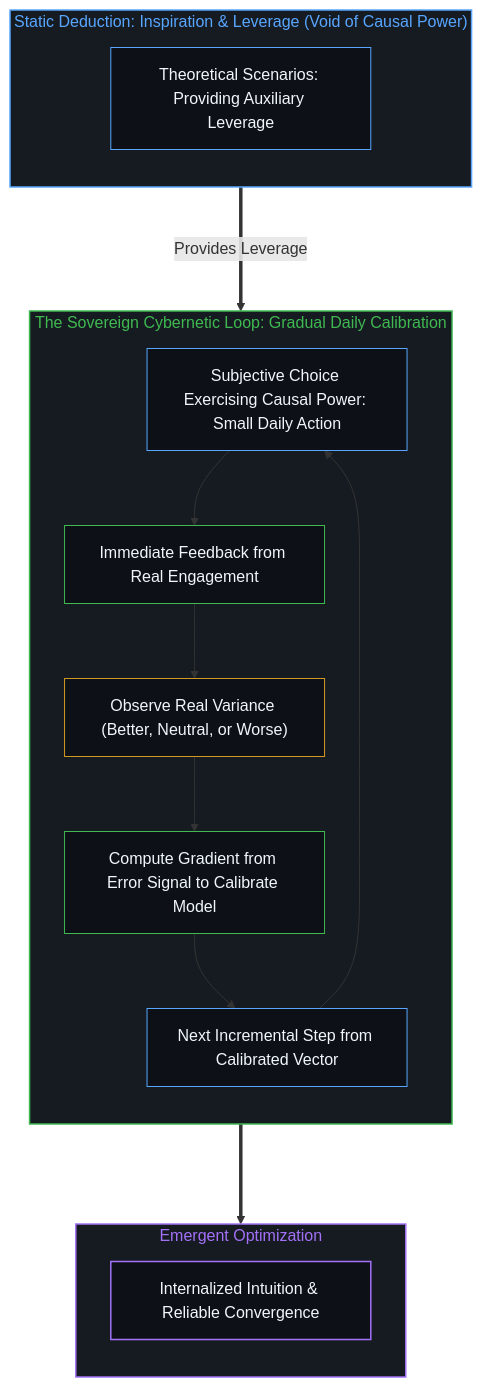
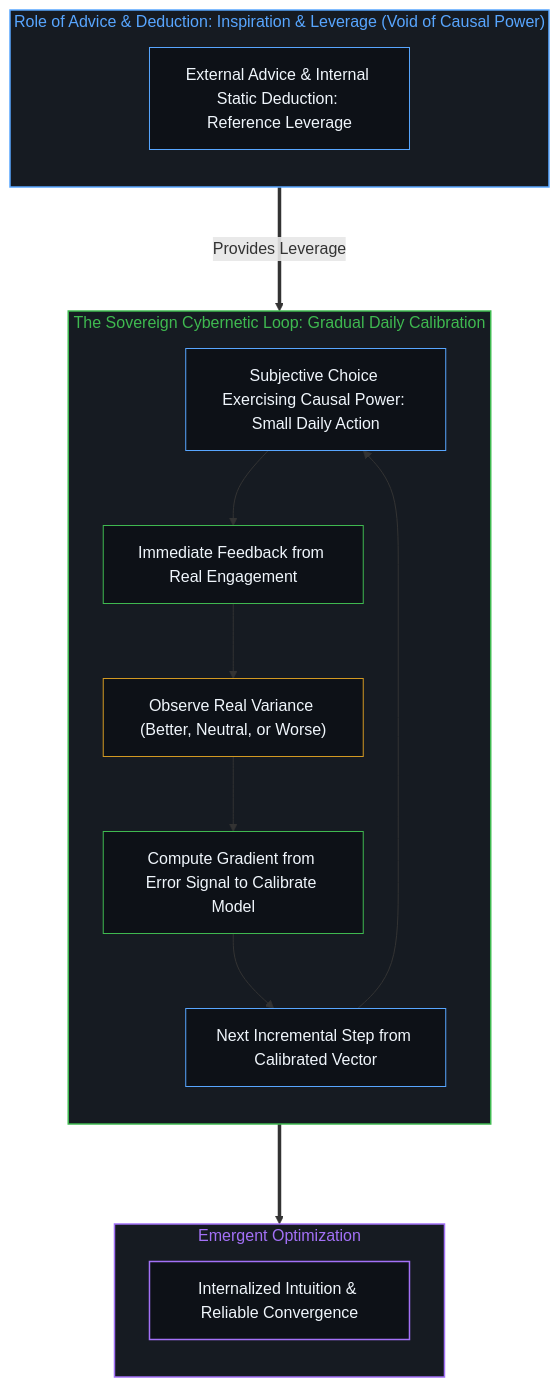
Before and after one commit to powerpig99/not-a-toe: the eighth of 10 diagrams in content/posts/choice-itself-has-no-inherent-weight.md, drawn with Mermaid. The commit also changed other lines of this file and 4 other files, not shown here.

Commit message:
Refine observer boundary on stagnation, unify advice/deduction leverage, and establish free variable axiom

````diff
--- a/content/posts/choice-itself-has-no-inherent-weight.md
+++ b/content/posts/choice-itself-has-no-inherent-weight.md
@@ -285,35 +285,35 @@
 ```mermaid
 graph TD
-    subgraph S_Input_EN ["Static Deduction: Inspiration & Leverage (Void of Causal Power)"]
+    subgraph S_Input_EN ["Role of Advice & Deduction: Inspiration & Leverage (Void of Causal Power)"]
         direction TB
-        IE_Model["Theoretical Scenarios: Providing Auxiliary Leverage"]
+        IE_Model["External Advice & Internal Static Deduction: Reference Leverage"]
     end
 
     subgraph S_Loop_EN ["The Sovereign Cybernetic Loop: Gradual Daily Calibration"]
         direction TB
         LE_Try["Subjective Choice Exercising Causal Power: Small Daily Action"] --> LE_Feedback["Immediate Feedback from Real Engagement"]
         LE_Feedback --> LE_Observe["Observe Real Variance (Better, Neutral, or Worse)"]
         LE_Observe --> LE_Adjust["Compute Gradient from Error Signal to Calibrate Model"]
         LE_Adjust --> LE_Next["Next Incremental Step from Calibrated Vector"]
         LE_Next --> LE_Try
     end
 
     subgraph S_Output_EN ["Emergent Optimization"]
         direction TB
         OE_Bone["Internalized Intuition & Reliable Convergence"]
     end
 
     IE_Model ===>|Provides Leverage| LE_Try
     LE_Adjust ===> OE_Bone
 
     style S_Input_EN fill:#161b22,stroke:#58a6ff,stroke-width:1.5px,color:#58a6ff
     style S_Loop_EN fill:#161b22,stroke:#3fb950,stroke-width:1.5px,color:#3fb950
     style S_Output_EN fill:#161b22,stroke:#a371f7,stroke-width:1.5px,color:#a371f7
     style IE_Model fill:#0d1117,stroke:#58a6ff,stroke-width:1px,color:#f0f6fc
     style LE_Try fill:#0d1117,stroke:#58a6ff,stroke-width:1px,color:#f0f6fc
     style LE_Feedback fill:#0d1117,stroke:#3fb950,stroke-width:1px,color:#f0f6fc
     style LE_Observe fill:#0d1117,stroke:#d29922,stroke-width:1px,color:#f0f6fc
     style LE_Adjust fill:#0d1117,stroke:#3fb950,stroke-width:1px,color:#f0f6fc
     style LE_Next fill:#0d1117,stroke:#58a6ff,stroke-width:1px,color:#f0f6fc
     style OE_Bone fill:#0d1117,stroke:#a371f7,stroke-width:1.5px,color:#f0f6fc
 ```
````
